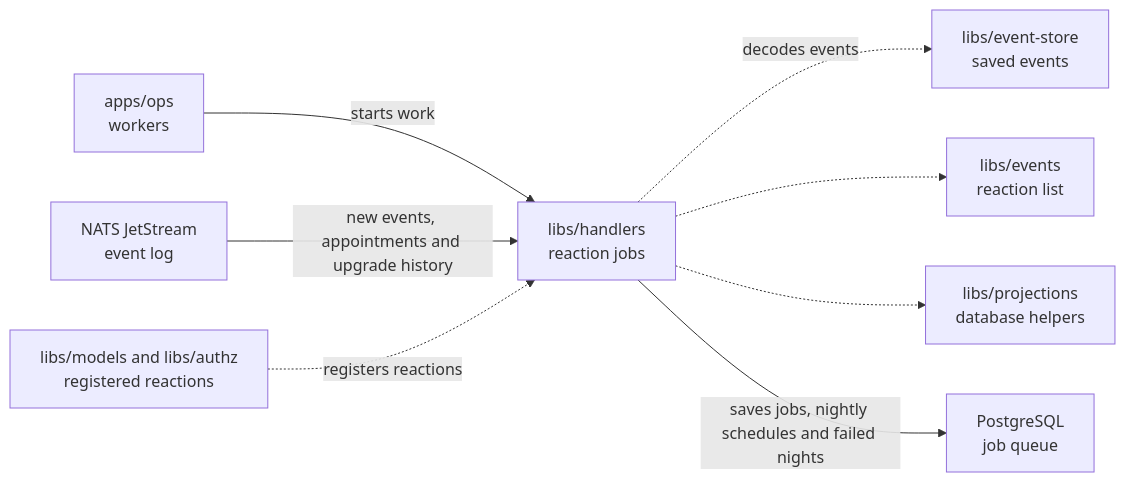
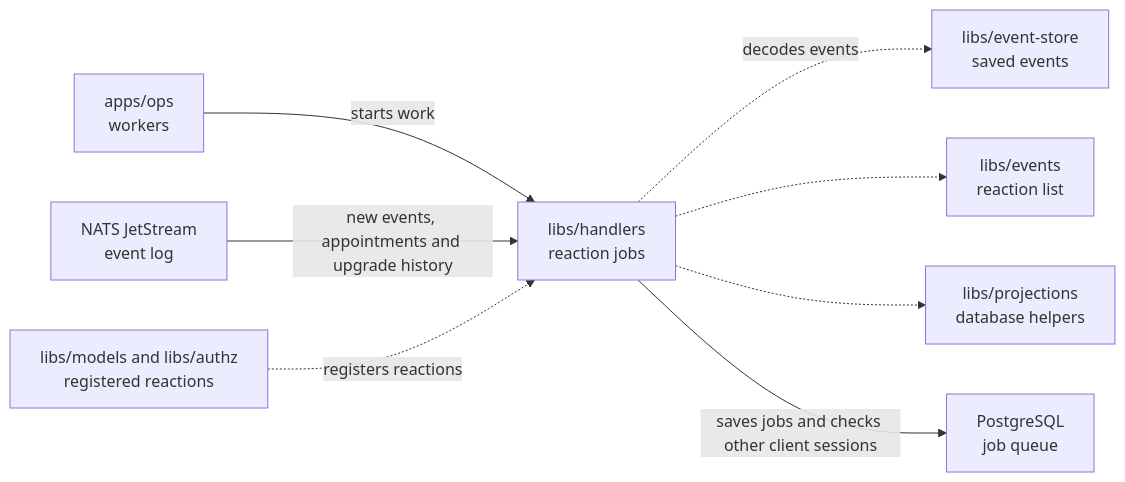
The diagram in libs/handlers/README.md (elewa-git/opencrane-new), drawn with Mermaid before and after one commit. The commit also changed other lines of this file and 8 other files, not shown here.

Commit message:
🔧 Handler upgrades ignore PostgreSQL maintenance and tests wait for clients

````diff
--- a/libs/handlers/README.md
+++ b/libs/handlers/README.md
@@ -28,10 +28,10 @@
 ```mermaid
 flowchart LR
   ops["apps/ops<br/>workers"] -->|starts work| handlers["libs/handlers<br/>reaction jobs"]
   nats["NATS JetStream<br/>event log"] -->|new events, appointments and upgrade history| handlers
   reactions["libs/models and libs/authz<br/>registered reactions"] -.->|registers reactions| handlers
   handlers -.->|decodes events| store["libs/event-store<br/>saved events"]
   handlers -.-> events["libs/events<br/>reaction list"]
   handlers -.-> projections["libs/projections<br/>database helpers"]
-  handlers -->|saves jobs, nightly schedules and failed nights| pg["PostgreSQL<br/>job queue"]
+  handlers -->|saves jobs and checks other client sessions| pg["PostgreSQL<br/>job queue"]
 ```
````
